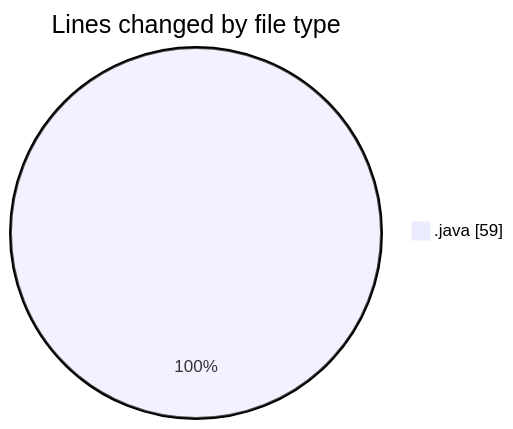
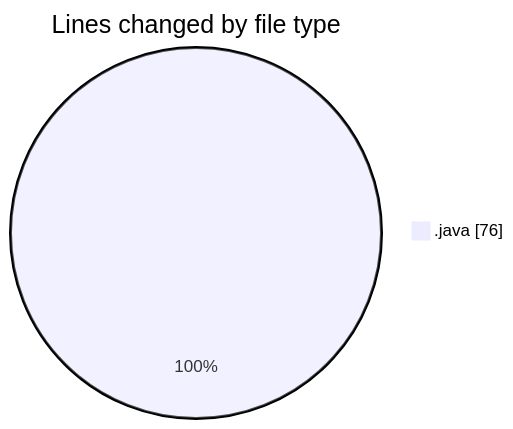
The first of 2 diagrams in 2025-02-12/oopstartfiles/README.md (NitaiMahat/code-tracking), drawn with Mermaid before and after one commit. The commit also changed other lines of this file and 1 other file, not shown here.

````diff
--- a/2025-02-12/oopstartfiles/README.md
+++ b/2025-02-12/oopstartfiles/README.md
@@ -21,5 +21,5 @@
 ```mermaid
 pie showData
 title Lines changed by file type
-".java" : 59
+".java" : 76
 ```
````
